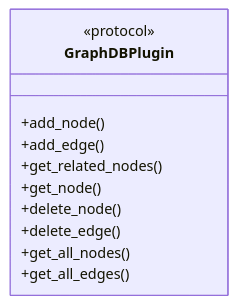
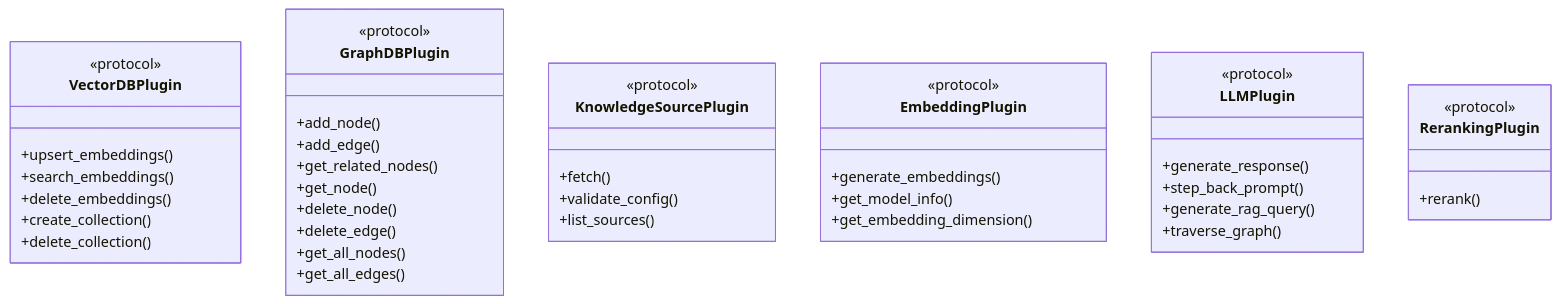
One commit to Stihotvor/law_by_ai changed the second of 6 diagrams in docs/architecture.md. Above: the diagram before and after it, drawn with Mermaid. The commit also changed other lines of this file and 34 other files, not shown here.

````diff
--- a/docs/architecture.md
+++ b/docs/architecture.md
@@ -89,14 +82,45 @@
 ```mermaid
 classDiagram
+    class VectorDBPlugin {
+        <<protocol>>
+        +upsert_embeddings()
+        +search_embeddings()
+        +delete_embeddings()
+        +create_collection()
+        +delete_collection()
+    }
     class GraphDBPlugin {
         <<protocol>>
         +add_node()
         +add_edge()
         +get_related_nodes()
         +get_node()
         +delete_node()
         +delete_edge()
         +get_all_nodes()
         +get_all_edges()
     }
+    class KnowledgeSourcePlugin {
+        <<protocol>>
+        +fetch()
+        +validate_config()
+        +list_sources()
+    }
+    class EmbeddingPlugin {
+        <<protocol>>
+        +generate_embeddings()
+        +get_model_info()
+        +get_embedding_dimension()
+    }
+    class LLMPlugin {
+        <<protocol>>
+        +generate_response()
+        +step_back_prompt()
+        +generate_rag_query()
+        +traverse_graph()
+    }
+    class RerankingPlugin {
+        <<protocol>>
+        +rerank()
+    }
 ```
````
